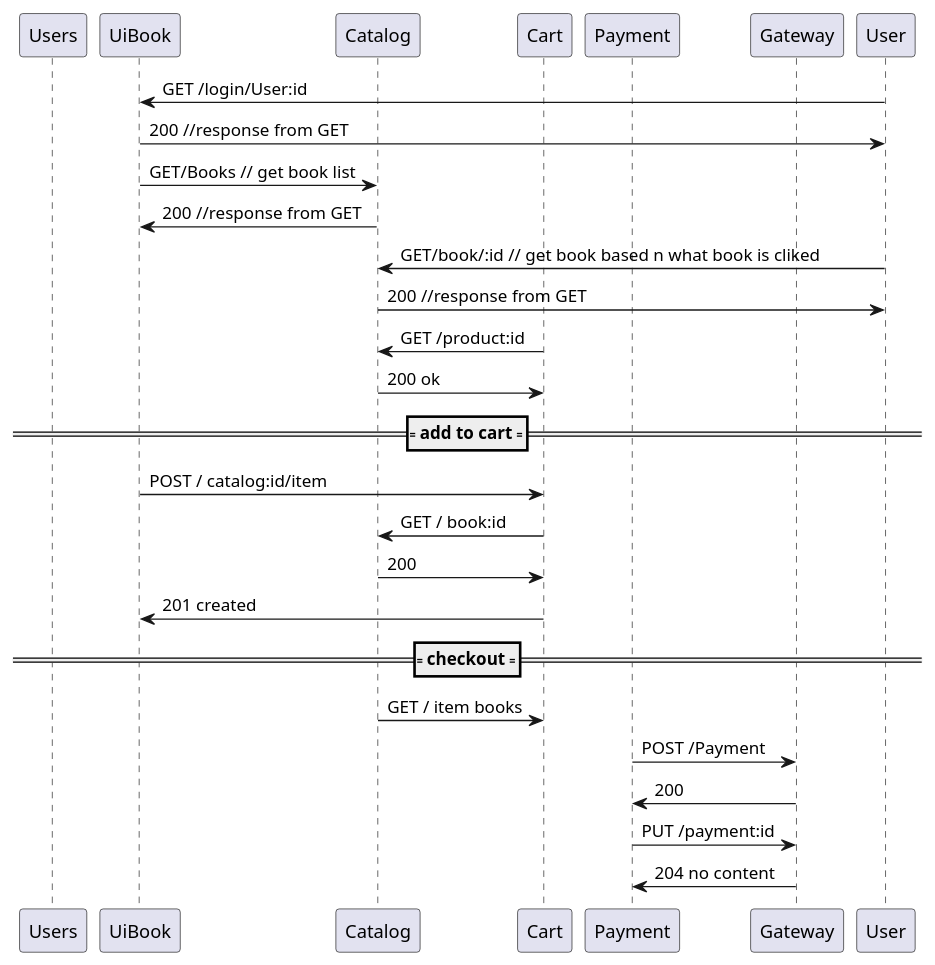
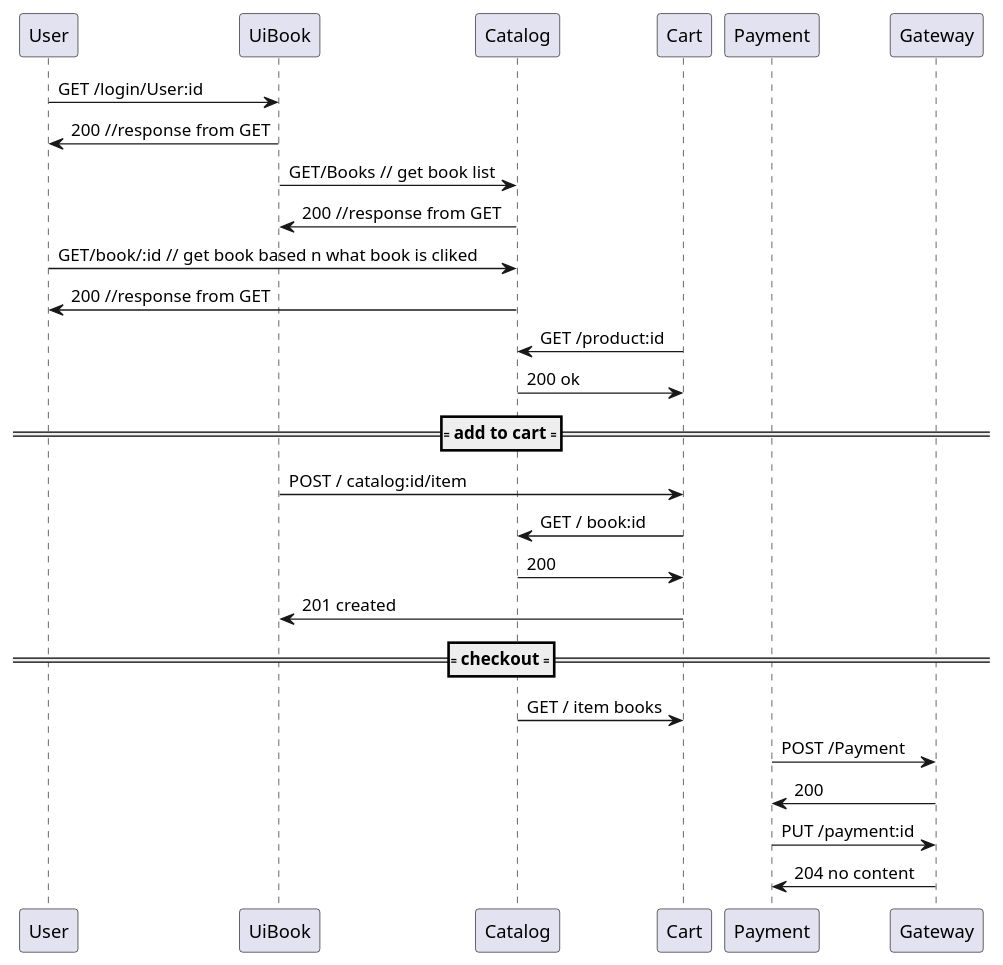
The diagram in Bookstore.puml (Justin102799/E37-PlantUML), drawn with PlantUML before and after one commit.

Commit message:
fixed variables

```diff
--- a/Bookstore.puml
+++ b/Bookstore.puml
@@ -1,34 +1,34 @@
 @startuml
-participant Users
+participant User
 participant UiBook
 participant Catalog
 participant Cart
 participant Payment
 participant Gateway
 
 User -> UiBook : GET /login/User:id
 UiBook -> User : 200 //response from GET
 UiBook  -> Catalog : GET/Books // get book list
 Catalog -> UiBook : 200 //response from GET
 User -> Catalog : GET/book/:id // get book based n what book is cliked
 Catalog -> User : 200 //response from GET
 Cart -> Catalog : GET /product:id
 Catalog -> Cart : 200 ok 
 
 ==== add to cart ====
 UiBook -> Cart : POST / catalog:id/item
 Cart -> Catalog : GET / book:id
 Catalog -> Cart : 200
 Cart -> UiBook : 201 created
 
 ==== checkout ====
 Catalog -> Cart : GET / item books
 Payment -> Gateway : POST /Payment
 Gateway -> Payment : 200
 Payment -> Gateway : PUT /payment:id
 Gateway -> Payment : 204 no content
 
 
 
 
 @enduml
```
